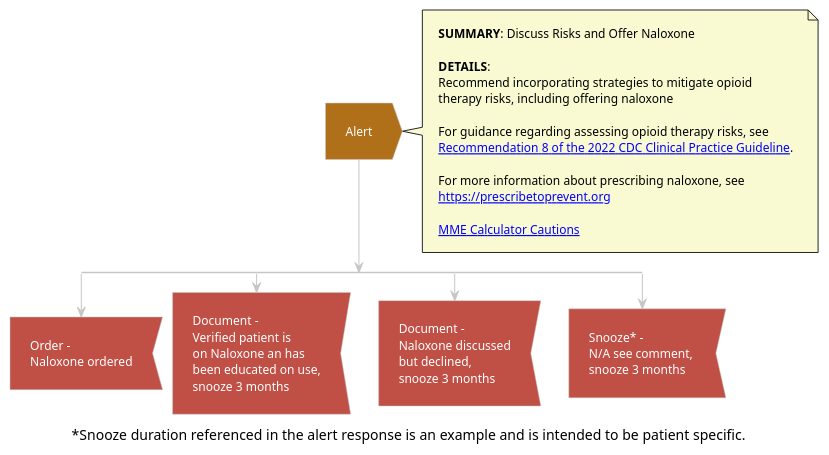
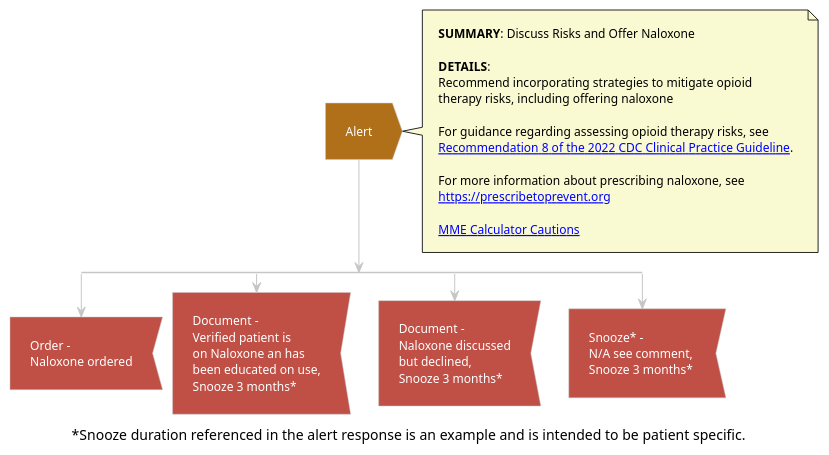
The diagram in input/images-source/alert_rec08_ordersign.plantuml (cqframework/opioid-cds-r4), drawn with PlantUML before and after one commit. The commit also changed 6 other files, not shown here.

```diff
--- a/input/images-source/alert_rec08_ordersign.plantuml
+++ b/input/images-source/alert_rec08_ordersign.plantuml
@@ -1,55 +1,55 @@
 @startuml alert_rec08_ordersign
 !theme carbon-gray
 <style>
 activityDiagram {
  FontColor white
  arrow {
   FontColor: Black
  }
  note {
   FontColor: Black
   BackgroundColor: #fafad2
  }
 }
 </style>
 #b06f19:Alert;<<output>>
 note right
 **SUMMARY**: Discuss Risks and Offer Naloxone 
 
 **DETAILS**:
 Recommend incorporating strategies to mitigate opioid 
 therapy risks, including offering naloxone
 
 For guidance regarding assessing opioid therapy risks, see 
 [[https://www.cdc.gov/mmwr/volumes/71/rr/rr7103a1.htm#Recommendation8 Recommendation 8 of the 2022 CDC Clinical Practice Guideline]].
 
 For more information about prescribing naloxone, see 
 [[https://prescribetoprevent.org https://prescribetoprevent.org]]
 
 [[index.html#morphine-milligram-equivalent-mme-calculation-cautions MME Calculator Cautions]]
 end note
 split
 #c05046:Order - 
 Naloxone ordered;<<input>>
 kill
 split again
 #c05046:Document - 
 Verified patient is
 on Naloxone an has
 been educated on use,
-snooze 3 months;<<input>>
+Snooze 3 months*;<<input>>
 kill
 split again
 #c05046:Document - 
 Naloxone discussed
 but declined,
-snooze 3 months;<<input>>
+Snooze 3 months*;<<input>>
 kill
 split again
 #c05046:Snooze* - 
 N/A see comment, 
-snooze 3 months;<<input>>
+Snooze 3 months*;<<input>>
 kill
 end split
 caption ~*Snooze duration referenced in the alert response is an example and is intended to be patient specific.
 @enduml
```
